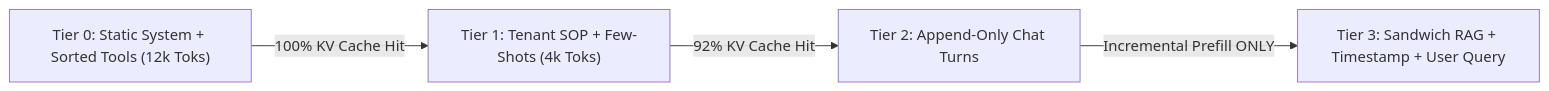
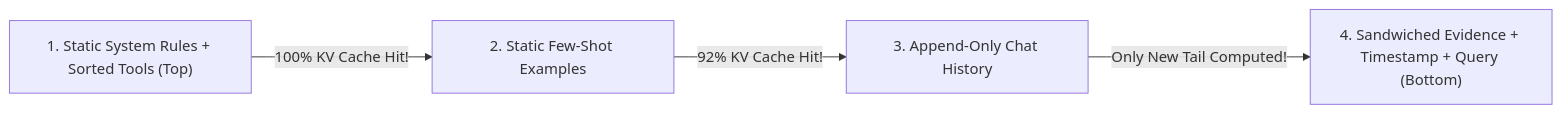
Before and after one commit to manjunathk833/codingforinterviews: the diagram in knowledgebase/05-ai-engineering/08-context-architecture-prefix-caching-and-ttft-economics.md, drawn with Mermaid. The commit also changed other lines of this file and 55 other files, not shown here.

````diff
--- a/knowledgebase/05-ai-engineering/08-context-architecture-prefix-caching-and-ttft-economics.md
+++ b/knowledgebase/05-ai-engineering/08-context-architecture-prefix-caching-and-ttft-economics.md
@@ -71,6 +104,6 @@
 ```mermaid
 flowchart LR
-  T0["Tier 0: Static System + Sorted Tools (12k Toks)"] -->|100% KV Cache Hit| T1["Tier 1: Tenant SOP + Few-Shots (4k Toks)"]
-  T1 -->|92% KV Cache Hit| T2["Tier 2: Append-Only Chat Turns"]
-  T2 -->|Incremental Prefill ONLY| T3["Tier 3: Sandwich RAG + Timestamp + User Query"]
+  T0["1. Static System Rules + Sorted Tools (Top)"] -->|100% KV Cache Hit!| T1["2. Static Few-Shot Examples"]
+  T1 -->|92% KV Cache Hit!| T2["3. Append-Only Chat History"]
+  T2 -->|Only New Tail Computed!| T3["4. Sandwiched Evidence + Timestamp + Query (Bottom)"]
 ```
````
